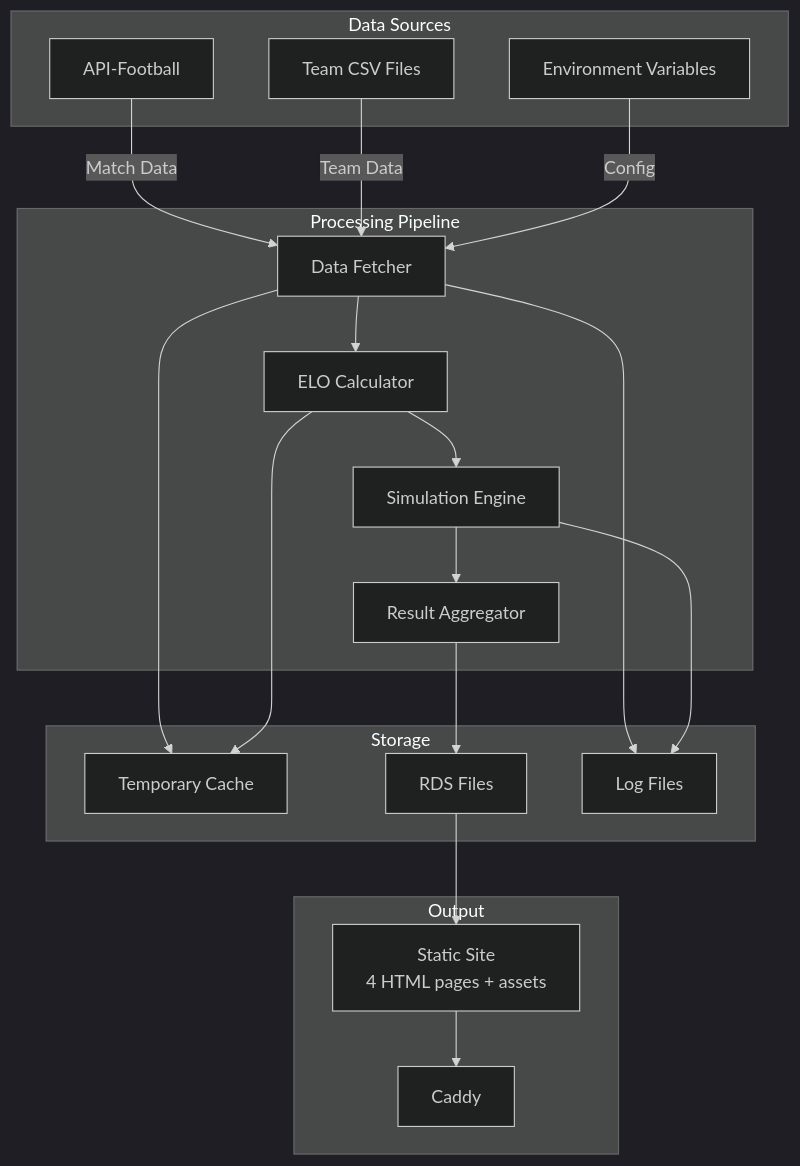
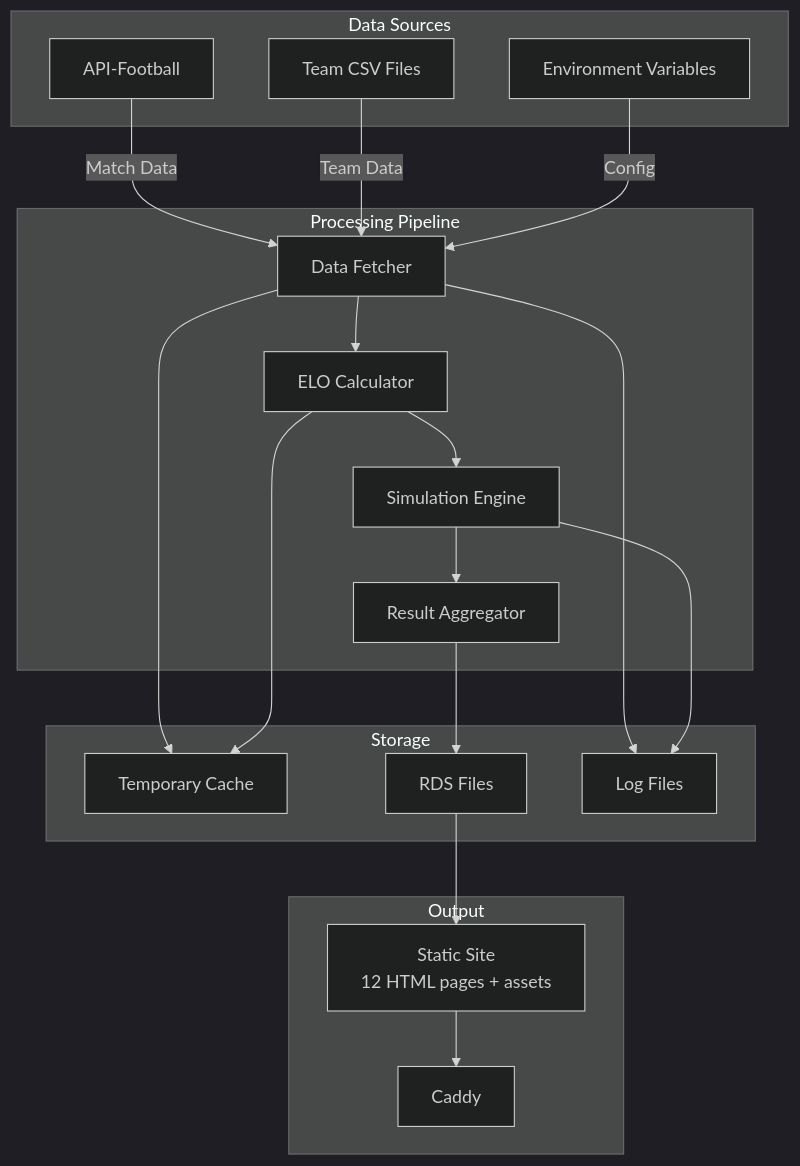
The diagram in docs/architecture/data-flow.md (chrisschwer/League-Simulator-Update), drawn with Mermaid (dark theme) before and after one commit. The commit also changed other lines of this file and 9 other files, not shown here.

````diff
--- a/docs/architecture/data-flow.md
+++ b/docs/architecture/data-flow.md
@@ -7,44 +7,44 @@
 ```mermaid
 graph TD
     subgraph "Data Sources"
         API[API-Football]
         CSV[Team CSV Files]
         ENV[Environment Variables]
     end
     
     subgraph "Processing Pipeline"
         FETCH[Data Fetcher]
         ELO[ELO Calculator]
         SIM[Simulation Engine]
         AGG[Result Aggregator]
     end
     
     subgraph "Storage"
         TEMP[Temporary Cache]
         RDS[RDS Files]
         LOGS[Log Files]
     end
     
     subgraph "Output"
-        SITE[Static Site<br/>4 HTML pages + assets]
+        SITE[Static Site<br/>12 HTML pages + assets]
         CADDY[Caddy]
     end
     
     API -->|Match Data| FETCH
     CSV -->|Team Data| FETCH
     ENV -->|Config| FETCH
     
     FETCH --> ELO
     ELO --> SIM
     SIM --> AGG
     
     FETCH --> TEMP
     ELO --> TEMP
     AGG --> RDS
     
     RDS --> SITE
     SITE --> CADDY
     
     FETCH --> LOGS
     SIM --> LOGS
 ```
````
